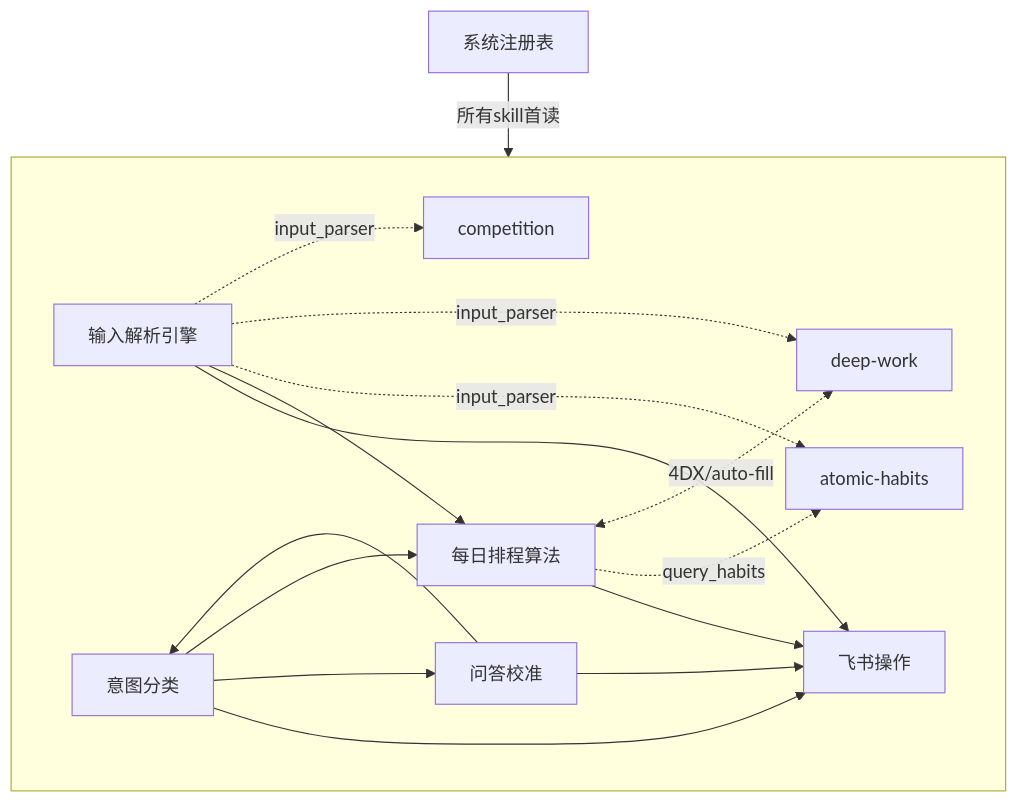
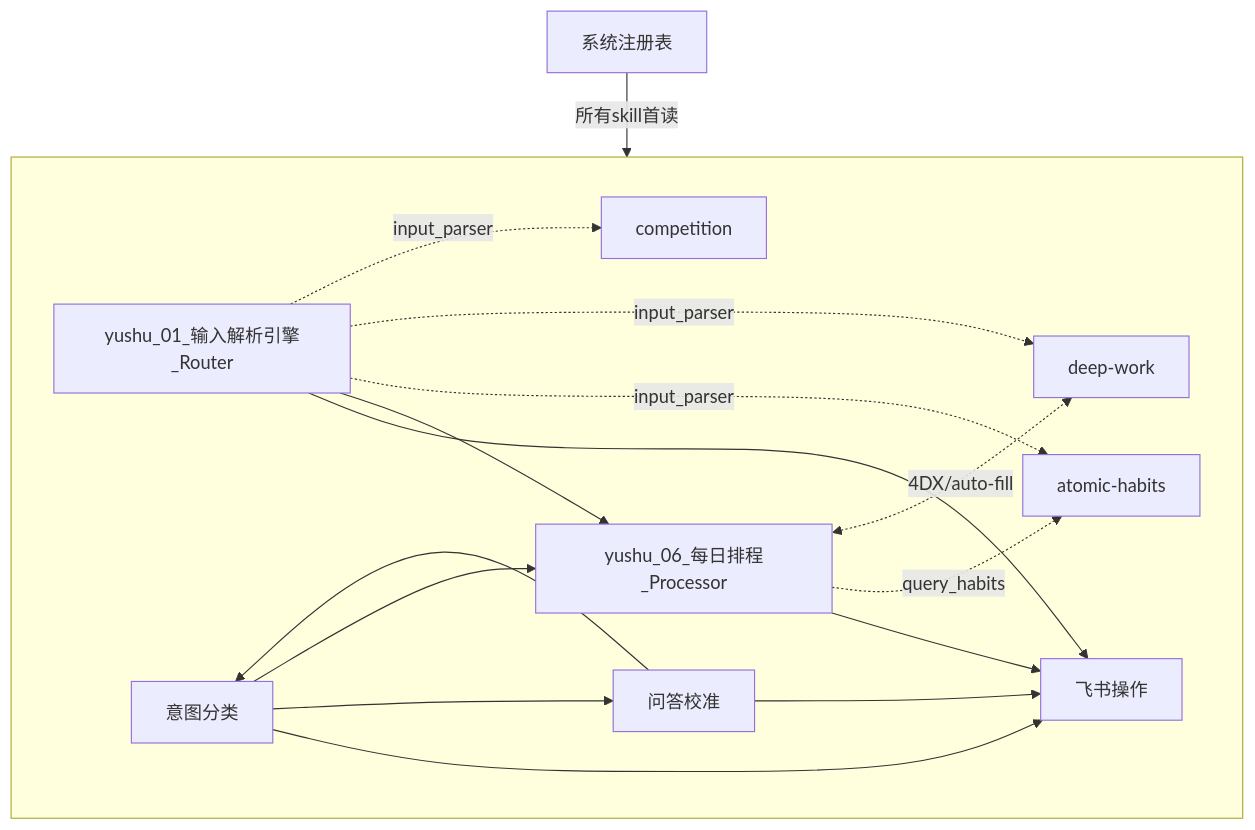
Before and after one commit to lan99988/YushuCore-OS: the diagram in 07_系统文档（Docs）/skills-inventory-2026-07-23.md, drawn with Mermaid. The commit also changed other lines of this file and 121 other files, not shown here.

````diff
--- a/07_系统文档（Docs）/skills-inventory-2026-07-23.md
+++ b/07_系统文档（Docs）/skills-inventory-2026-07-23.md
@@ -132,19 +132,19 @@
 ```mermaid
 graph TD
   REG[系统注册表] -->|所有skill首读| ALL
   subgraph ALL[ ]
-    IE[输入解析引擎] --> FO[飞书操作]
-    IE --> SC[每日排程算法]
+    IE[yushu_01_输入解析引擎_Router] --> FO[飞书操作]
+    IE --> SC[yushu_06_每日排程_Processor]
     IC[意图分类] --> FO
     IC --> QC[问答校准]
     IC --> SC
     QC --> IC
     QC --> FO
     SC --> FO
     IE -.input_parser.-> AH[atomic-habits]
     IE -.input_parser.-> DW[deep-work]
     IE -.input_parser.-> CM[competition]
     SC -.query_habits.-> AH
     SC <-.4DX/auto-fill.-> DW
   end
 ```
````
